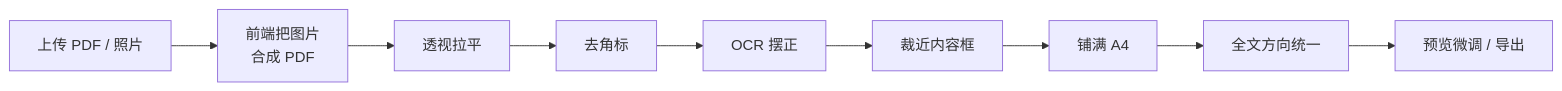
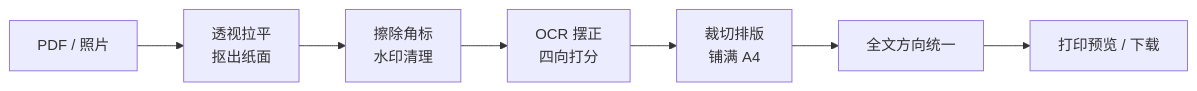
One commit to ferstar/blog changed the first of 2 diagrams in content/posts/homework-print-prep.md. Above: the diagram before and after it, drawn with Mermaid. The commit also changed other lines of this file and 2 other files, not shown here.

```diff
--- a/content/posts/homework-print-prep.md
+++ b/content/posts/homework-print-prep.md
@@ -17,11 +25,9 @@
 {{< mermaid >}}
 flowchart LR
-    A[上传 PDF / 照片] --> B[前端把图片<br>合成 PDF]
-    B --> C[透视拉平]
-    C --> D[去角标]
-    D --> E[OCR 摆正]
-    E --> F[裁近内容框]
-    F --> G[铺满 A4]
-    G --> H[全文方向统一]
-    H --> I[预览微调 / 导出]
+    A["PDF / 照片"] --> B["透视拉平<br/>抠出纸面"]
+    B --> C["擦除角标<br/>水印清理"]
+    C --> D["OCR 摆正<br/>四向打分"]
+    D --> E["裁切排版<br/>铺满 A4"]
+    E --> F["全文方向统一"]
+    F --> G["打印预览 / 下载"]
 {{< /mermaid >}}
```
